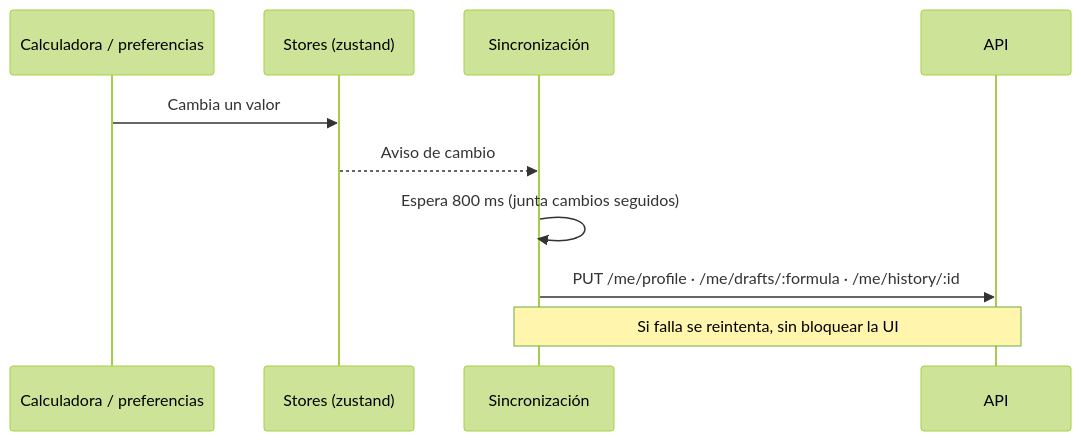
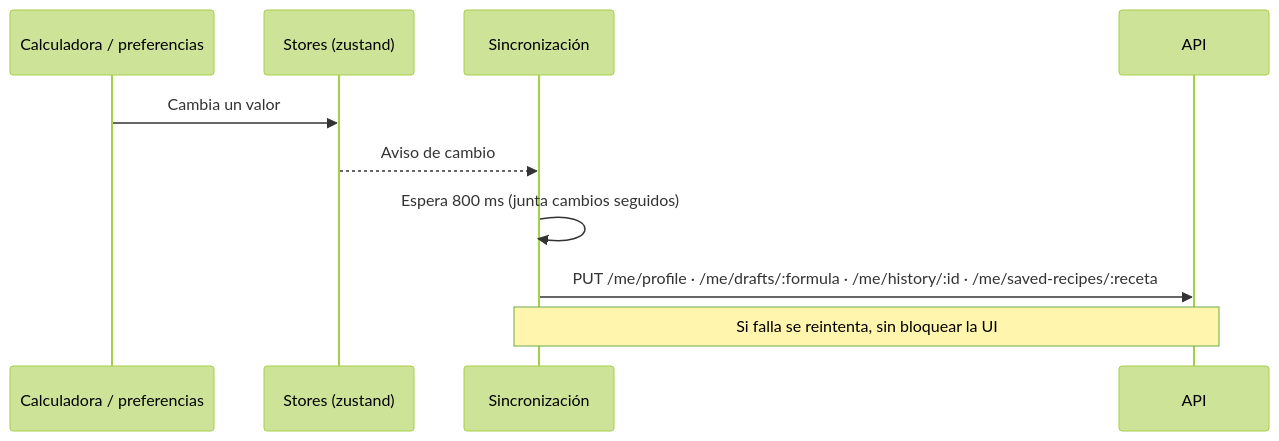
One commit to inzumer/milimon-docs changed the second of 2 diagrams in src/content/docs/como-funciona/sincronizacion.md. Above: the diagram before and after it, drawn with Mermaid (forest theme). The commit also changed other lines of this file and 1 other file, not shown here.

Commit message:
docs: saved recipes in the account sync and the API routes

````diff
--- a/src/content/docs/como-funciona/sincronizacion.md
+++ b/src/content/docs/como-funciona/sincronizacion.md
@@ -34,13 +34,13 @@
 ```mermaid
 sequenceDiagram
   participant UI as Calculadora / preferencias
   participant St as Stores (zustand)
   participant Sy as Sincronización
   participant A as API
 
   UI->>St: Cambia un valor
   St-->>Sy: Aviso de cambio
   Sy->>Sy: Espera 800 ms (junta cambios seguidos)
-  Sy->>A: PUT /me/profile · /me/drafts/:formula · /me/history/:id
+  Sy->>A: PUT /me/profile · /me/drafts/:formula · /me/history/:id · /me/saved-recipes/:receta
   Note over Sy,A: Si falla se reintenta, sin bloquear la UI
 ```
````
